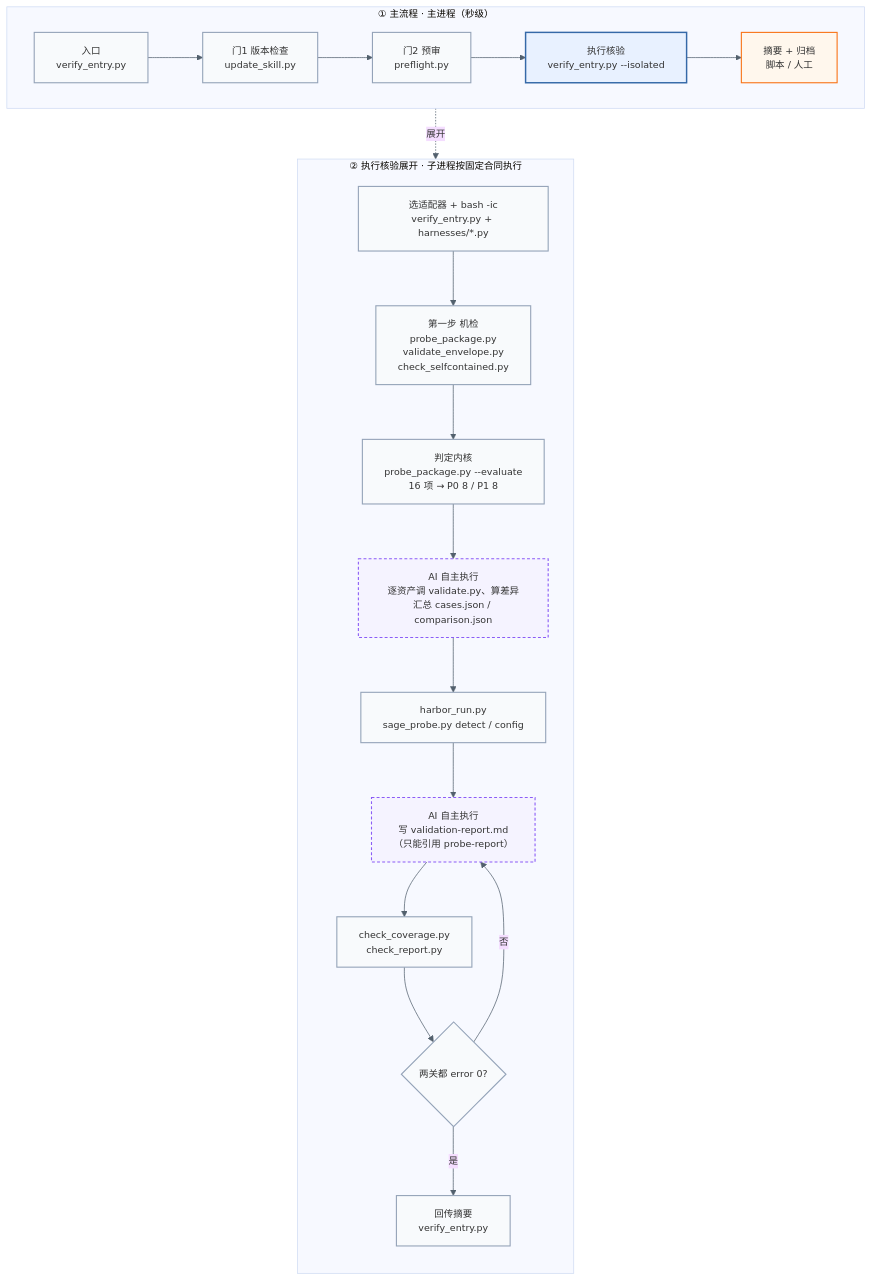
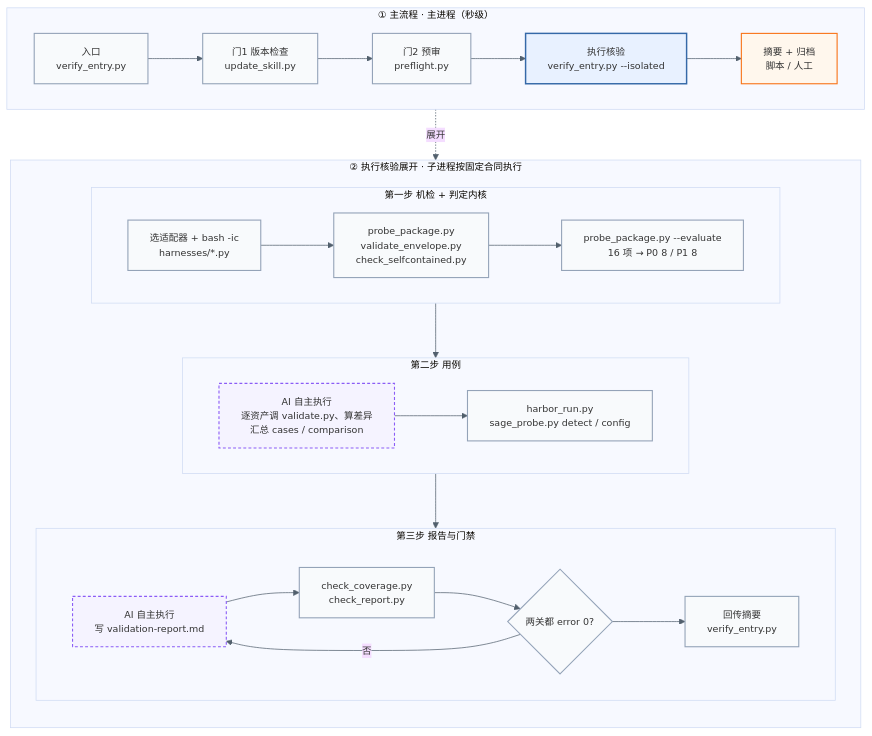
The diagram in README.md (KnowledgeXLab/sci-asset-verify-skill), drawn with Mermaid before and after one commit. The commit also changed other lines of this file, not shown here.

Commit message:
docs(readme): 流程图为两级上下分布，但每块内部保持横排
- 外层 flowchart TD：① 主流程块 / ② 执行核验展开块，上下两级
- 主流程块 direction LR：入口 → 门1 → 门2 → 执行核验 → 摘要归档（一行横排）
- 展开块 direction TB，内含三行子块（各 direction LR）：
  R1 第一步机检+判定内核 / R2 第二步用例 / R3 第三步报告与门禁+回传，R1→R2→R3 竖向衔接
- 两级之间保持 D -. 展开 .-> D0；脚本 / AI / 人工 的配色标注不变

````diff
--- a/README.md
+++ b/README.md
@@ -258,26 +258,37 @@
 ```mermaid
 %%{init: {"theme": "base", "themeVariables": {"fontSize": "13px", "lineColor": "#52606d"}}}%%
 flowchart TD
     subgraph MAIN["① 主流程 · 主进程（秒级）"]
         direction LR
         A["入口<br/>verify_entry.py"] --> B["门1 版本检查<br/>update_skill.py"] --> C["门2 预审<br/>preflight.py"] --> D["执行核验<br/>verify_entry.py --isolated"] --> E["摘要 + 归档<br/>脚本 / 人工"]
     end
 
     subgraph DETAIL["② 执行核验展开 · 子进程按固定合同执行"]
         direction TB
-        D0["选适配器 + bash -ic<br/>verify_entry.py + harnesses/*.py"] --> S1["第一步 机检<br/>probe_package.py<br/>validate_envelope.py<br/>check_selfcontained.py"] --> K["判定内核<br/>probe_package.py --evaluate<br/>16 项 → P0 8 / P1 8"] --> S2["AI 自主执行<br/>逐资产调 validate.py、算差异<br/>汇总 cases.json / comparison.json"] --> S2b["harbor_run.py<br/>sage_probe.py detect / config"] --> S3["AI 自主执行<br/>写 validation-report.md<br/>（只能引用 probe-report）"] --> S3b["check_coverage.py<br/>check_report.py"] --> G{"两关都 error 0?"}
-        G -- 否 --> S3
-        G -- 是 --> OUT["回传摘要<br/>verify_entry.py"]
+        subgraph R1["第一步 机检 + 判定内核"]
+            direction LR
+            D0["选适配器 + bash -ic<br/>harnesses/*.py"] --> S1["probe_package.py<br/>validate_envelope.py<br/>check_selfcontained.py"] --> K["probe_package.py --evaluate<br/>16 项 → P0 8 / P1 8"]
+        end
+        subgraph R2["第二步 用例"]
+            direction LR
+            S2["AI 自主执行<br/>逐资产调 validate.py、算差异<br/>汇总 cases / comparison"] --> S2b["harbor_run.py<br/>sage_probe.py detect / config"]
+        end
+        subgraph R3["第三步 报告与门禁"]
+            direction LR
+            S3["AI 自主执行<br/>写 validation-report.md"] --> S3b["check_coverage.py<br/>check_report.py"] --> G{"两关都 error 0?"} --> OUT["回传摘要<br/>verify_entry.py"]
+            G -- 否 --> S3
+        end
+        R1 --> R2 --> R3
     end
 
     D -. 展开 .-> D0
 
     classDef script fill:#f8fafc,stroke:#94a3b8,stroke-width:1.5px;
     classDef ai fill:#f5f3ff,stroke:#8b5cf6,stroke-width:1.5px,stroke-dasharray:4 3;
     classDef human fill:#fff7ed,stroke:#f97316,stroke-width:1.5px;
     classDef focus fill:#e8f1ff,stroke:#3569a8,stroke-width:2px;
     class A,B,C,D0,S1,K,S2b,S3b,G,OUT script;
     class D focus;
     class S2,S3 ai;
     class E human;
 ```
````
